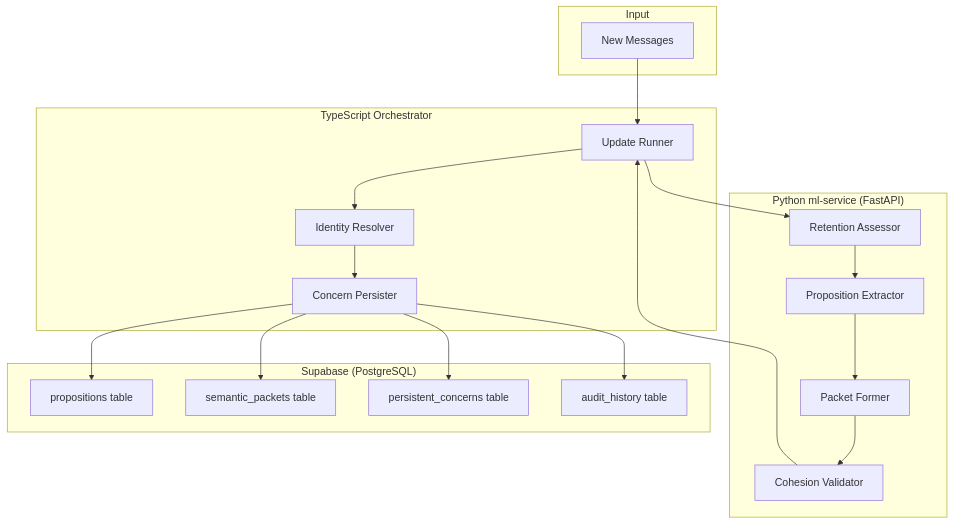
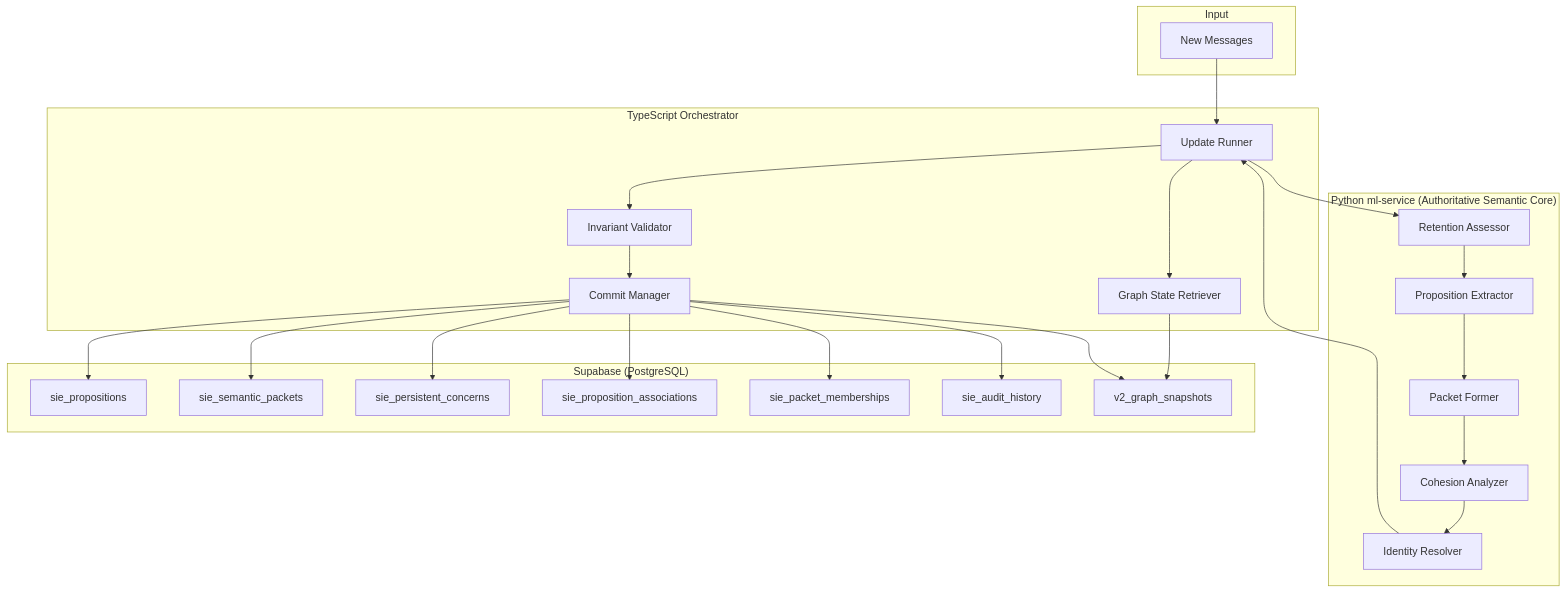
The diagram in .kiro/specs/sie-data-model/design.md (anshikachourey/contextgraph), drawn with Mermaid before and after one commit. The commit also changed other lines of this file and 158 other files, not shown here.

````diff
--- a/.kiro/specs/sie-data-model/design.md
+++ b/.kiro/specs/sie-data-model/design.md
@@ -36,39 +27,50 @@
 ```mermaid
 graph TB
     subgraph Input
         MSG[New Messages]
     end
 
-    subgraph "Python ml-service (FastAPI)"
+    subgraph "TypeScript Orchestrator"
+        OR[Update Runner]
+        GR[Graph State Retriever]
+        IV[Invariant Validator]
+        CM[Commit Manager]
+    end
+
+    subgraph "Python ml-service (Authoritative Semantic Core)"
         RA[Retention Assessor]
         PE[Proposition Extractor]
         PF[Packet Former]
-        CV[Cohesion Validator]
-    end
-
-    subgraph "TypeScript Orchestrator"
-        OR[Update Runner]
+        CA[Cohesion Analyzer]
         IR[Identity Resolver]
-        CP[Concern Persister]
     end
 
     subgraph "Supabase (PostgreSQL)"
-        PT[propositions table]
-        SP[semantic_packets table]
-        PC[persistent_concerns table]
-        AH[audit_history table]
+        PT[sie_propositions]
+        SP[sie_semantic_packets]
+        PC[sie_persistent_concerns]
+        PA[sie_proposition_associations]
+        PM[sie_packet_memberships]
+        AH[sie_audit_history]
+        V2[v2_graph_snapshots]
     end
 
     MSG --> OR
+    OR --> GR
+    GR --> V2
     OR --> RA
     RA --> PE
     PE --> PF
-    PF --> CV
-    CV --> OR
-    OR --> IR
-    IR --> CP
-    CP --> PT
-    CP --> SP
-    CP --> PC
-    CP --> AH
+    PF --> CA
+    CA --> IR
+    IR --> OR
+    OR --> IV
+    IV --> CM
+    CM --> PT
+    CM --> SP
+    CM --> PC
+    CM --> PA
+    CM --> PM
+    CM --> AH
+    CM --> V2
 ```
````
